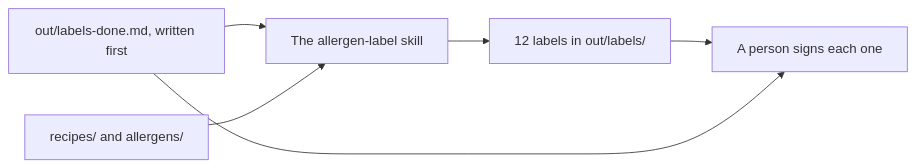
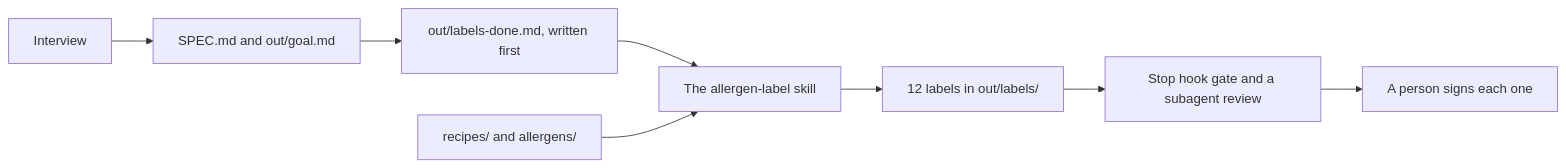
One commit to learnwithparam/claude-code-for-everyone changed the diagram in parts/04-repeat-the-work/README.md. Above: the diagram before and after it, drawn with Mermaid. The commit also changed other lines of this file and 573 other files, not shown here.

````diff
--- a/parts/04-repeat-the-work/README.md
+++ b/parts/04-repeat-the-work/README.md
@@ -15,8 +15,10 @@
 ```mermaid
 flowchart LR
-  D[out/labels-done.md, written first] --> S[The allergen-label skill]
-  R[recipes/ and allergens/] --> S
-  S --> L[12 labels in out/labels/]
-  L --> P[A person signs each one]
-  D --> P
+  I[Interview] --> S[SPEC.md and out/goal.md]
+  S --> D[out/labels-done.md, written first]
+  D --> K[The allergen-label skill]
+  R[recipes/ and allergens/] --> K
+  K --> L[12 labels in out/labels/]
+  L --> G[Stop hook gate and a subagent review]
+  G --> P[A person signs each one]
 ```
````
